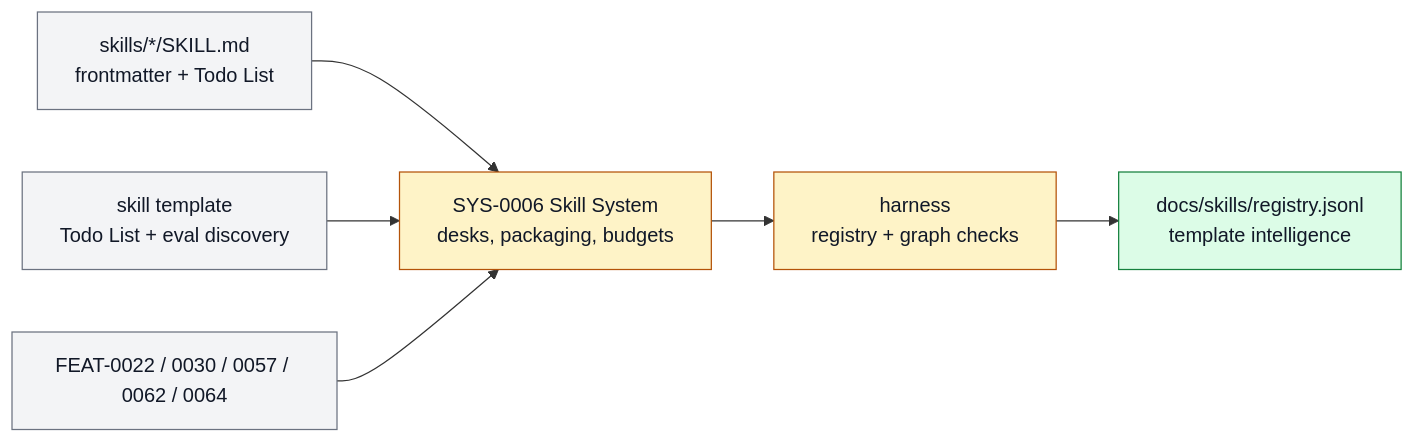
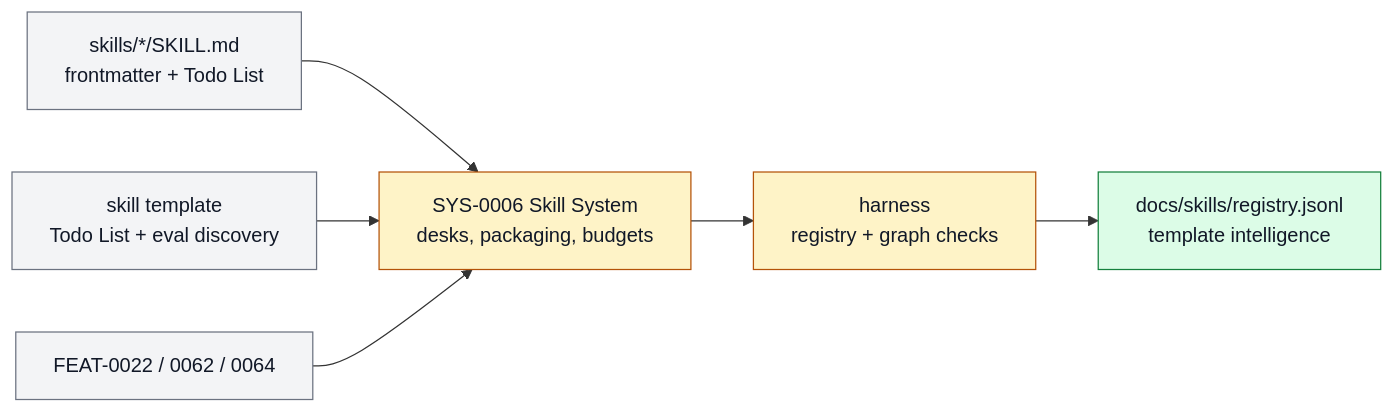
Before and after one commit to ZanarkandTechnologies/Farplane: the diagram in docs/systems/skill-system.md, drawn with Mermaid. The commit also changed other lines of this file and 63 other files, not shown here.

````diff
--- a/docs/systems/skill-system.md
+++ b/docs/systems/skill-system.md
@@ -101,19 +99,19 @@
 ```mermaid
 flowchart LR
   classDef keep fill:#f3f4f6,stroke:#6b7280,color:#111827
   classDef changed fill:#fef3c7,stroke:#b45309,color:#111827
   classDef added fill:#dcfce7,stroke:#15803d,color:#111827
   classDef retired fill:#fee2e2,stroke:#b91c1c,color:#7f1d1d,stroke-dasharray: 5 3
 
   skill["skills/*/SKILL.md<br/>frontmatter + Todo List"]:::keep
   templates["skill template<br/>Todo List + eval discovery"]:::keep
   system["SYS-0006 Skill System<br/>desks, packaging, budgets"]:::changed
   maintenance["harness<br/>registry + graph checks"]:::changed
   registry["docs/skills/registry.jsonl<br/>template intelligence"]:::added
-  features["FEAT-0022 / 0030 / 0057 / 0062 / 0064"]:::keep
+  features["FEAT-0022 / 0062 / 0064"]:::keep
 
   skill --> system
   templates --> system
   features --> system
   system --> maintenance --> registry
 ```
````
